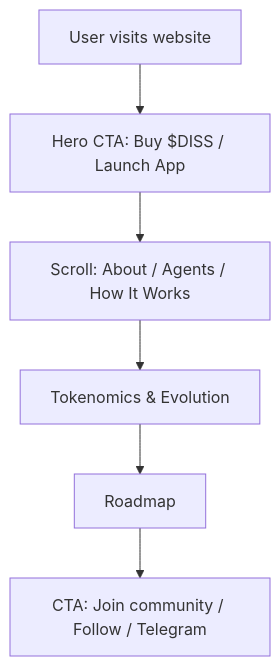
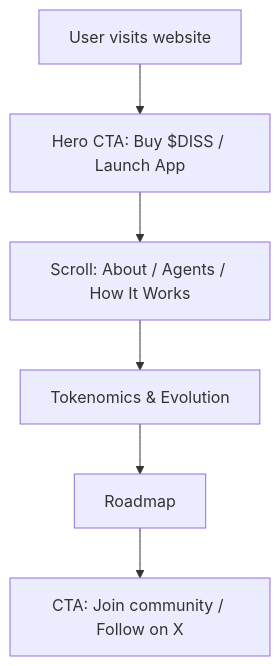
Before and after one commit to RunTimeAdmin/tri-ai: the fifth of 7 diagrams in .qoder/repowiki/en/content/Blockchain Integration/Meme Coin Infrastructure.md, drawn with Mermaid. The commit also changed 2 other files, not shown here.

Commit message:
Remove Telegram references, add Launch Llama badge to landing page

````diff
--- a/.qoder/repowiki/en/content/Blockchain Integration/Meme Coin Infrastructure.md
+++ b/.qoder/repowiki/en/content/Blockchain Integration/Meme Coin Infrastructure.md
@@ -189,8 +189,8 @@
 ```mermaid
 flowchart TD
 Visit["User visits website"] --> Hero["Hero CTA: Buy $DISS / Launch App"]
 Hero --> About["Scroll: About / Agents / How It Works"]
 About --> Token["Tokenomics & Evolution"]
 Token --> Roadmap["Roadmap"]
-Roadmap --> Engage["CTA: Join community / Follow / Telegram"]
+Roadmap --> Engage["CTA: Join community / Follow on X"]
 ```
````
